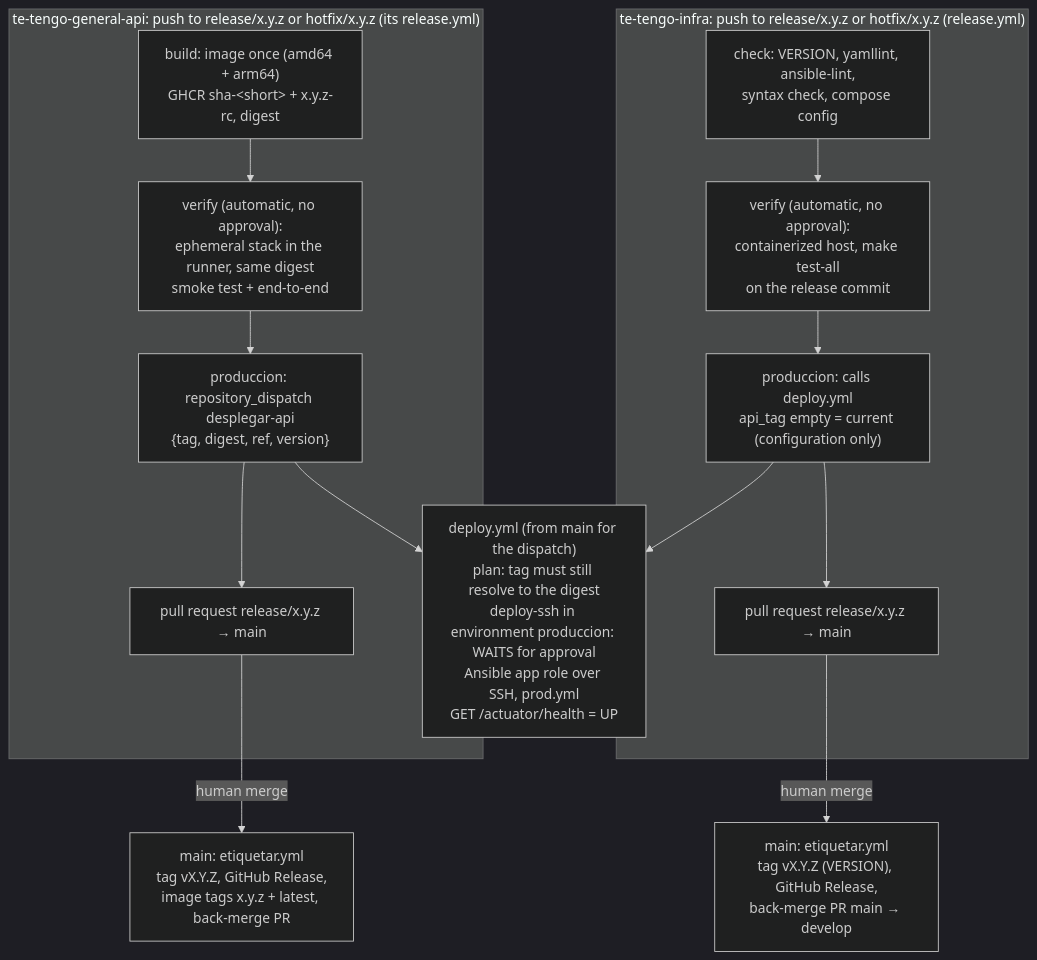
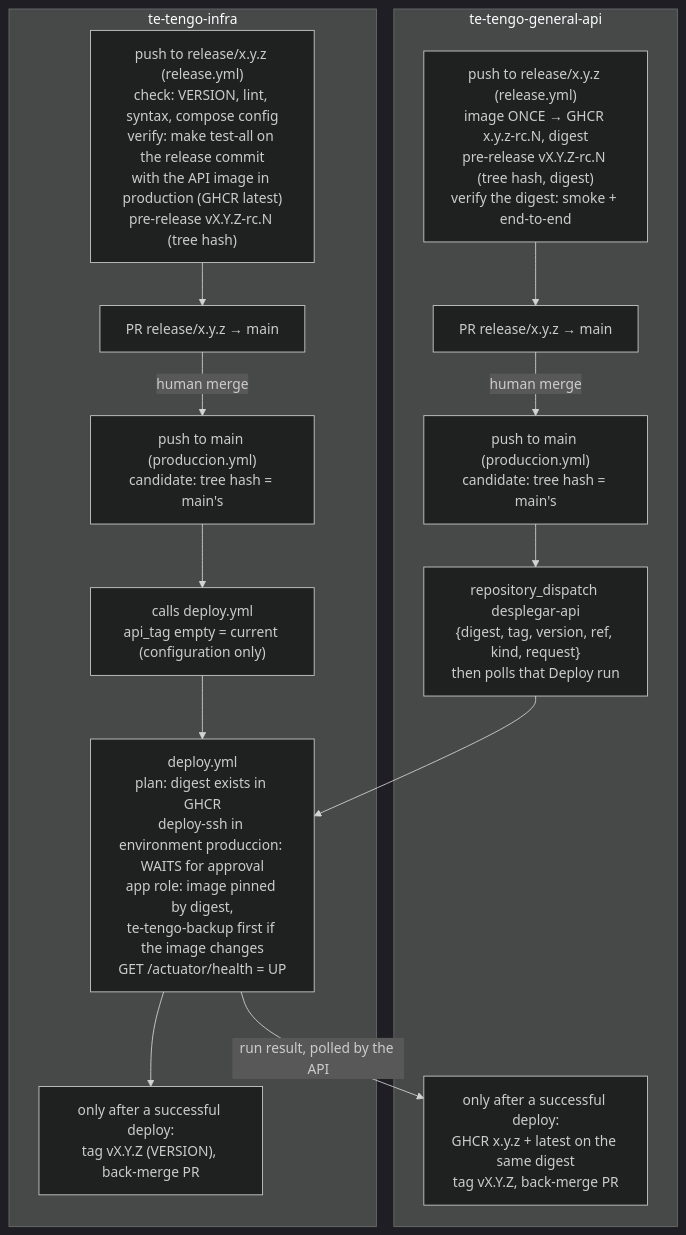
The diagram in docs/deploy.md (Te-Tengo-Tech/te-tengo-infra), drawn with Mermaid (dark theme) before and after one commit. The commit also changed other lines of this file and 3 other files, not shown here.

Commit message:
docs: describe the release candidate flow

````diff
--- a/docs/deploy.md
+++ b/docs/deploy.md
@@ -51,17 +51,20 @@
 ```mermaid
 flowchart TD
-  subgraph api["te-tengo-general-api: push to release/x.y.z or hotfix/x.y.z (its release.yml)"]
-    abuild["build: image once (amd64 + arm64)<br/>GHCR sha-&lt;short&gt; + x.y.z-rc, digest"] --> averify["verify (automatic, no approval):<br/>ephemeral stack in the runner, same digest<br/>smoke test + end-to-end"]
-    averify --> aprod["produccion: repository_dispatch desplegar-api<br/>{tag, digest, ref, version}"]
-    aprod --> apr["pull request release/x.y.z → main"]
+  subgraph api["te-tengo-general-api"]
+    arel["push to release/x.y.z (release.yml)<br/>image ONCE → GHCR x.y.z-rc.N, digest<br/>pre-release vX.Y.Z-rc.N (tree hash, digest)<br/>verify the digest: smoke + end-to-end"] --> apr["PR release/x.y.z → main"]
+    apr -->|"human merge"| amain["push to main (produccion.yml)<br/>candidate: tree hash = main's"]
+    amain --> adisp["repository_dispatch desplegar-api<br/>{digest, tag, version, ref, kind, request}<br/>then polls that Deploy run"]
+    adone["only after a successful deploy:<br/>GHCR x.y.z + latest on the same digest<br/>tag vX.Y.Z, back-merge PR"]
   end
-  subgraph infra["te-tengo-infra: push to release/x.y.z or hotfix/x.y.z (release.yml)"]
-    icheck["check: VERSION, yamllint, ansible-lint,<br/>syntax check, compose config"] --> iverify["verify (automatic, no approval):<br/>containerized host, make test-all<br/>on the release commit"]
-    iverify --> iprod["produccion: calls deploy.yml<br/>api_tag empty = current (configuration only)"]
-    iprod --> ipr["pull request release/x.y.z → main"]
+  subgraph infra["te-tengo-infra"]
+    irel["push to release/x.y.z (release.yml)<br/>check: VERSION, lint, syntax, compose config<br/>verify: make test-all on the release commit<br/>with the API image in production (GHCR latest)<br/>pre-release vX.Y.Z-rc.N (tree hash)"] --> ipr["PR release/x.y.z → main"]
+    ipr -->|"human merge"| imain["push to main (produccion.yml)<br/>candidate: tree hash = main's"]
+    imain --> icall["calls deploy.yml<br/>api_tag empty = current (configuration only)"]
+    idone["only after a successful deploy:<br/>tag vX.Y.Z (VERSION), back-merge PR"]
+    deploy["deploy.yml<br/>plan: digest exists in GHCR<br/>deploy-ssh in environment produccion: WAITS for approval<br/>app role: image pinned by digest,<br/>te-tengo-backup first if the image changes<br/>GET /actuator/health = UP"]
   end
-  aprod --> deploy["deploy.yml (from main for the dispatch)<br/>plan: tag must still resolve to the digest<br/>deploy-ssh in environment produccion: WAITS for approval<br/>Ansible app role over SSH, prod.yml<br/>GET /actuator/health = UP"]
-  iprod --> deploy
-  apr -->|"human merge"| amain["main: etiquetar.yml<br/>tag vX.Y.Z, GitHub Release,<br/>image tags x.y.z + latest, back-merge PR"]
-  ipr -->|"human merge"| imain["main: etiquetar.yml<br/>tag vX.Y.Z (VERSION), GitHub Release,<br/>back-merge PR main → develop"]
+  adisp --> deploy
+  icall --> deploy
+  deploy -->|"run result, polled by the API"| adone
+  deploy --> idone
 ```
````
